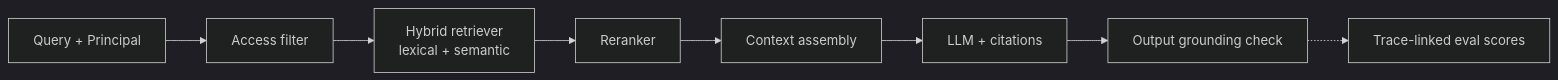
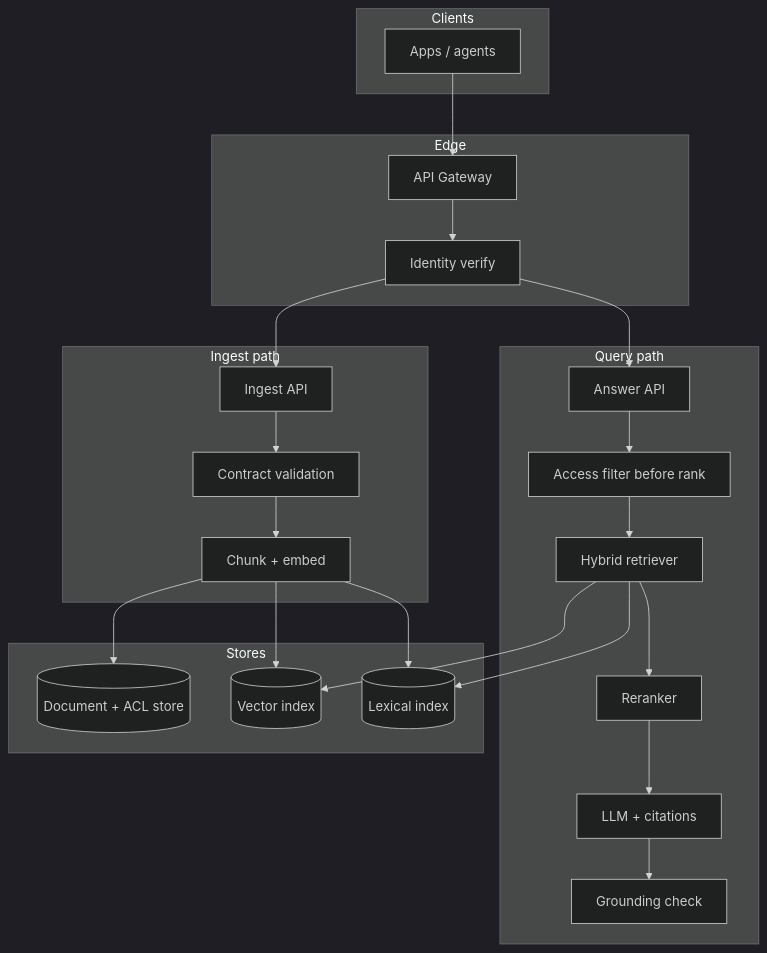
Before and after one commit to vpeetla-ai/ai-architect-interview-playbook: the diagram in ai-system-design/02-rag-platform-at-scale.md, drawn with Mermaid (dark theme). The commit also changed other lines of this file and 54 other files, not shown here.

First line of the commit message:
Upgrade system-design APIs and replace HLD flowcharts with architecture diagrams.

````diff
--- a/ai-system-design/02-rag-platform-at-scale.md
+++ b/ai-system-design/02-rag-platform-at-scale.md
@@ -46,10 +67,39 @@
 ```mermaid
-flowchart LR
-    Q[Query + Principal] --> AF[Access filter]
-    AF --> RET[Hybrid retriever<br/>lexical + semantic]
-    RET --> RR[Reranker]
-    RR --> CTX[Context assembly]
-    CTX --> GEN[LLM + citations]
-    GEN --> GUARD[Output grounding check]
-    GUARD -.-> OBS[Trace-linked eval scores]
+graph TB
+  subgraph clients [Clients]
+    UI[Apps / agents]
+  end
+  subgraph edge [Edge]
+    GW[API Gateway]
+    Auth[Identity verify]
+  end
+  subgraph ingestPath [Ingest path]
+    Ingest[Ingest API]
+    Val[Contract validation]
+    Chunk[Chunk + embed]
+  end
+  subgraph queryPath [Query path]
+    Ans[Answer API]
+    AF[Access filter before rank]
+    Ret[Hybrid retriever]
+    RR[Reranker]
+    Gen[LLM + citations]
+    Guard[Grounding check]
+  end
+  subgraph stores [Stores]
+    Doc[(Document + ACL store)]
+    Vec[(Vector index)]
+    Lex[(Lexical index)]
+  end
+  UI --> GW --> Auth
+  Auth --> Ingest
+  Auth --> Ans
+  Ingest --> Val --> Chunk
+  Chunk --> Doc
+  Chunk --> Vec
+  Chunk --> Lex
+  Ans --> AF --> Ret
+  Ret --> Vec
+  Ret --> Lex
+  Ret --> RR --> Gen --> Guard
 ```
````
